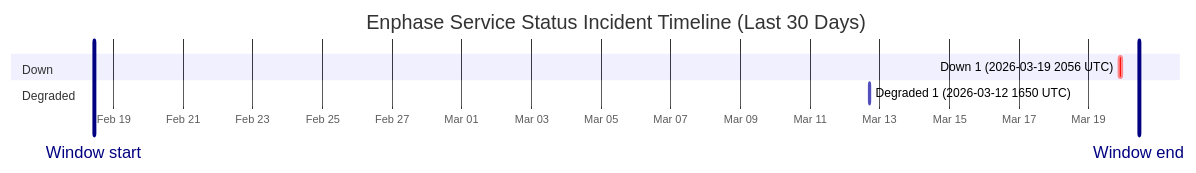
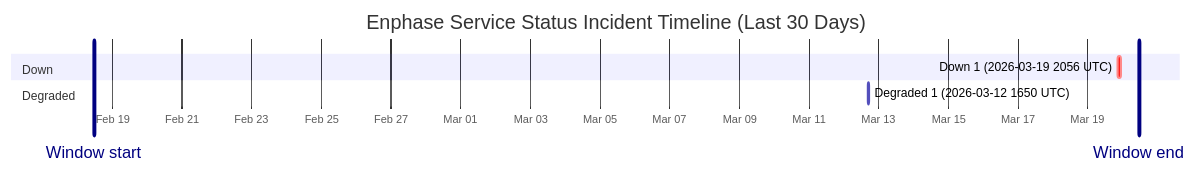
One commit to barneyonline/ha-enphase-ev-charger changed the diagram in wiki/Service-Status-History.md. Above: the diagram before and after it, drawn with Mermaid. The commit also changed other lines of this file and 3 other files, not shown here.

````diff
--- a/wiki/Service-Status-History.md
+++ b/wiki/Service-Status-History.md
@@ -14,12 +14,12 @@
 ```mermaid
 gantt
     title Enphase Service Status Incident Timeline (Last 30 Days)
     dateFormat  YYYY-MM-DDTHH:mm:ss
     axisFormat  %b %d
-    Window start :vert, window-start, 2026-02-18T10:29:05, 0ms
-    Window end :vert, window-end, 2026-03-20T10:29:05, 0ms
+    Window start :vert, window-start, 2026-02-18T11:23:55, 0ms
+    Window end :vert, window-end, 2026-03-20T11:23:55, 0ms
     section Down
     Down 1 (2026-03-19 2056 UTC) :crit, down-1, 2026-03-19T20:56:20, 145m
     section Degraded
     Degraded 1 (2026-03-12 1650 UTC) :active, degraded-1, 2026-03-12T16:50:43, 60m
 ```
````
